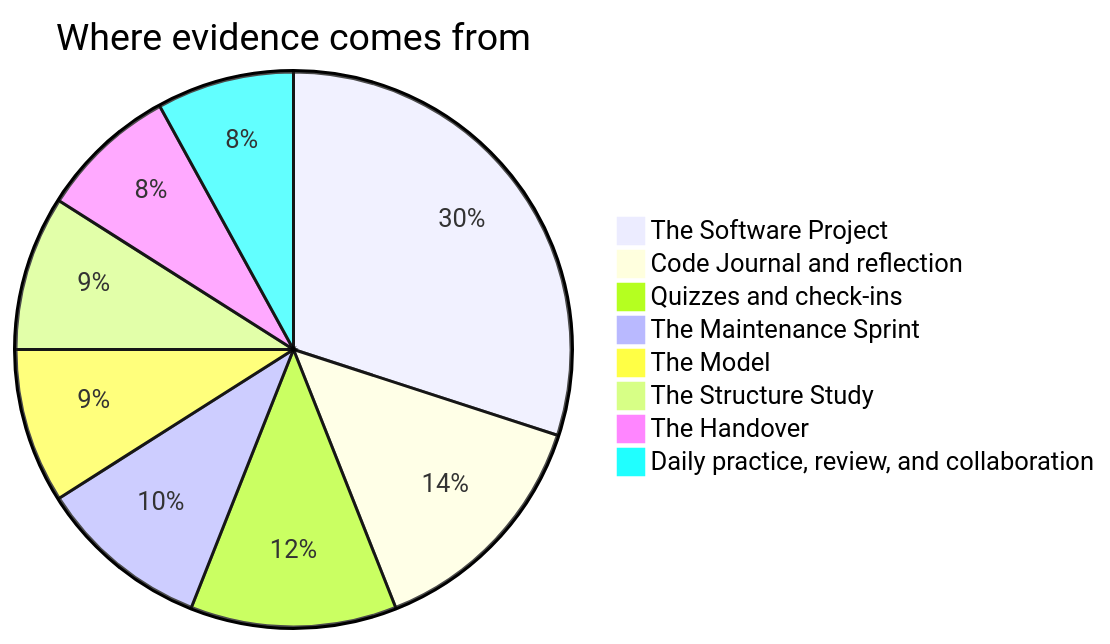
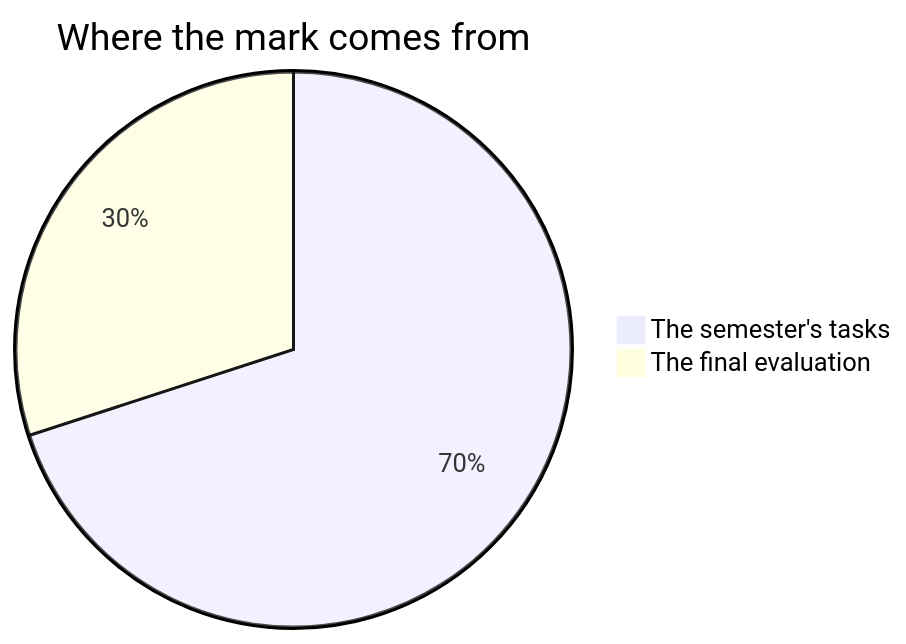
One commit to russellgordon/containerized-quartz-for-teachers changed the diagram in support/example_content/ICS4U/shared/Setup/How Marks Work.md. Above: the diagram before and after it, drawn with Mermaid. The commit also changed other lines of this file and 48 other files, not shown here.

````diff
--- a/support/example_content/ICS4U/shared/Setup/How Marks Work.md
+++ b/support/example_content/ICS4U/shared/Setup/How Marks Work.md
@@ -15,11 +23,5 @@
 ```mermaid
-pie title Where evidence comes from
-    "The Software Project" : 30
-    "Code Journal and reflection" : 14
-    "Quizzes and check-ins" : 12
-    "The Maintenance Sprint" : 10
-    "The Model" : 9
-    "The Structure Study" : 9
-    "The Handover" : 8
-    "Daily practice, review, and collaboration" : 8
+pie title Where the mark comes from
+    "The semester's tasks" : 70
+    "The final evaluation" : 30
 ```
````
